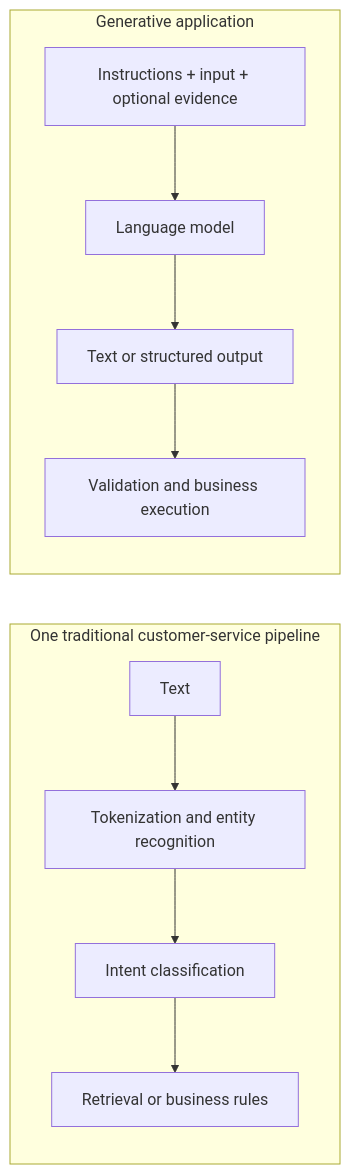
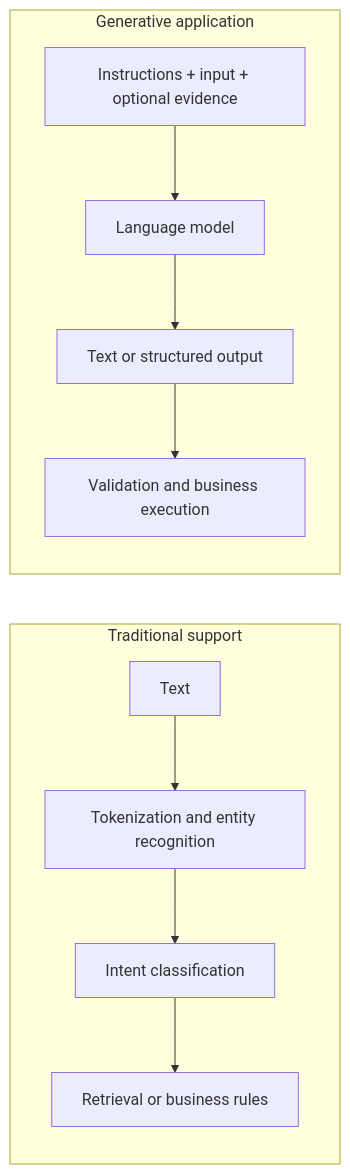
One commit to oneleaveknowsthefall/awesome-ai-roadmap changed the first of 2 diagrams in docs/llm/01-foundations/01-what-is-llm.md. Above: the diagram before and after it, drawn with Mermaid. The commit also changed other lines of this file and 1 other file, not shown here.

Commit message:
Keep the English introductory diagram title readable

````diff
--- a/docs/llm/01-foundations/01-what-is-llm.md
+++ b/docs/llm/01-foundations/01-what-is-llm.md
@@ -13,13 +15,13 @@
 ```mermaid
 flowchart LR
-    subgraph PIPE["One traditional customer-service pipeline"]
+    subgraph PIPE["Traditional support"]
         A["Text"] --> B["Tokenization and entity recognition"]
         B --> C["Intent classification"]
         C --> D["Retrieval or business rules"]
     end
     subgraph GEN["Generative application"]
         E["Instructions + input + optional evidence"] --> F["Language model"]
         F --> G["Text or structured output"]
         G --> H["Validation and business execution"]
     end
 ```
````
